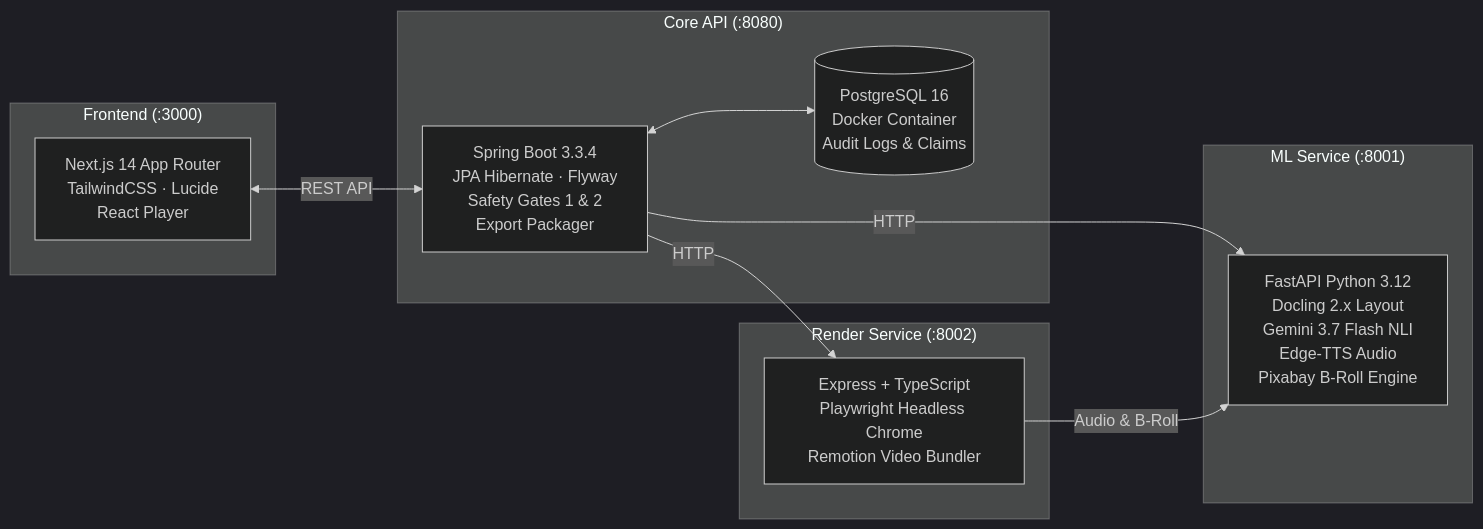
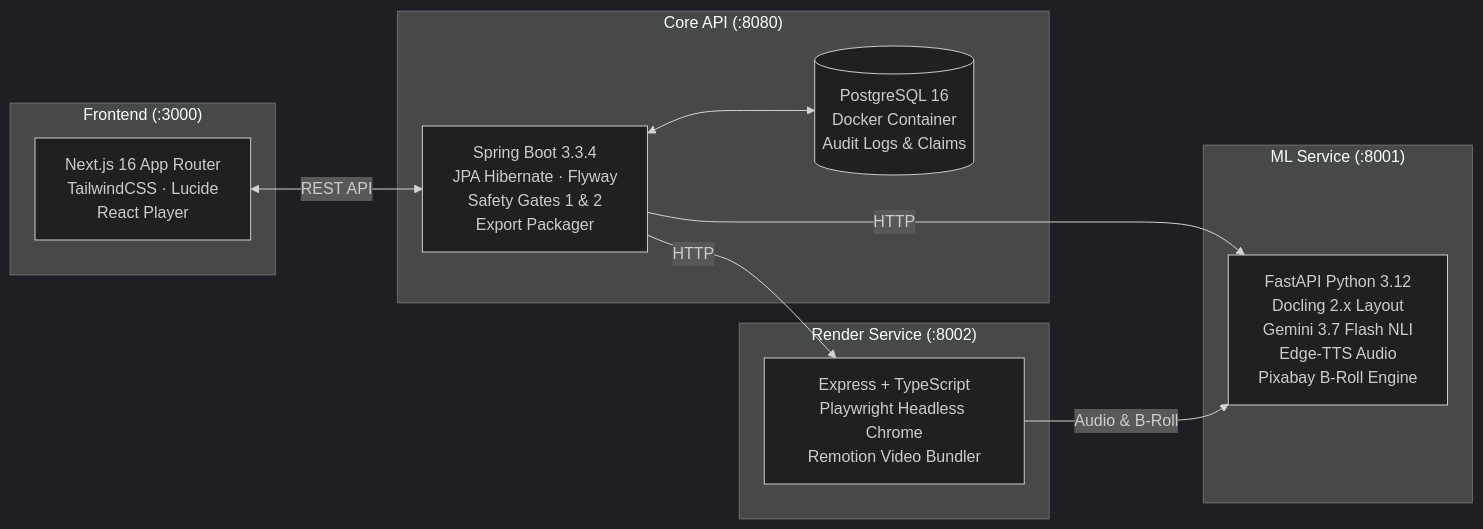
The second of 2 diagrams in README.md (vlaasya10/steerproof), drawn with Mermaid (dark theme) before and after one commit. The commit also changed other lines of this file and 45 other files, not shown here.

````diff
--- a/README.md
+++ b/README.md
@@ -238,25 +240,25 @@
 ```mermaid
 flowchart LR
     subgraph Frontend["Frontend (:3000)"]
-        UI["Next.js 14 App Router\nTailwindCSS · Lucide\nReact Player"]
+        UI["Next.js 16 App Router\nTailwindCSS · Lucide\nReact Player"]
     end
 
     subgraph Backend["Core API (:8080)"]
         Spring["Spring Boot 3.3.4\nJPA Hibernate · Flyway\nSafety Gates 1 & 2\nExport Packager"]
         DB[("PostgreSQL 16\nDocker Container\nAudit Logs & Claims")]
     end
 
     subgraph MLService["ML Service (:8001)"]
         FastAPI["FastAPI Python 3.12\nDocling 2.x Layout\nGemini 3.7 Flash NLI\nEdge-TTS Audio\nPixabay B-Roll Engine"]
     end
 
     subgraph RenderService["Render Service (:8002)"]
         Node["Express + TypeScript\nPlaywright Headless Chrome\nRemotion Video Bundler"]
     end
 
     UI <-->|REST API| Spring
     Spring <--> DB
     Spring -->|HTTP| FastAPI
     Spring -->|HTTP| Node
     Node -->|Audio & B-Roll| FastAPI
 ```
````
